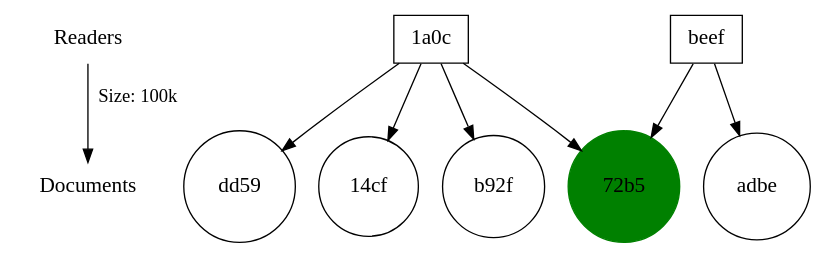
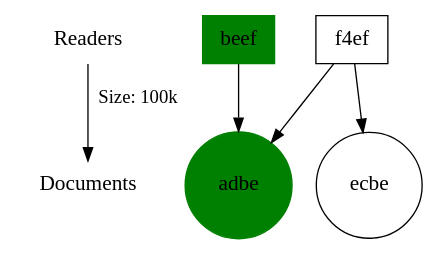
The diagram in test-output.gv (duncstin/F21SC_Coursework2), drawn with Graphviz before and after one commit. The commit also changed 4 other files, not shown here.

```diff
--- a/test-output.gv
+++ b/test-output.gv
@@ -1,20 +1,22 @@
-digraph "Also likes" {
+strict digraph "Also likes" {
 	node [fontsize=16 shape=plaintext]
 	r [label=Readers]
 	d [label=Documents]
 	r -> d [label="Size: 100k"]
-	"1a0c" [label="1a0c" rank=r shape=box]
-	"72b5" [label="72b5" color=green rank=d shape=circle style=filled]
-	"1a0c" -> "72b5"
-	b92f [label=b92f rank=d shape=circle]
-	"1a0c" -> b92f
-	dd59 [label=dd59 rank=d shape=circle]
-	"1a0c" -> dd59
-	"14cf" [label="14cf" rank=d shape=circle]
-	"1a0c" -> "14cf"
-	beef [label=beef rank=r shape=box]
-	"72b5" [label="72b5" color=green rank=d shape=circle style=filled]
-	beef -> "72b5"
-	adbe [label=adbe rank=d shape=circle]
+	adbe [label=adbe color=green rank=d shape=circle style=filled]
+	beef [label=beef color=green rank=r shape=box style=filled]
 	beef -> adbe
+	ecbe [label=ecbe rank=d shape=circle]
+	f4ef [label=f4ef rank=r shape=box]
+	f4ef -> ecbe
+	f4ef -> adbe
+	f4ef [label=f4ef rank=r shape=box]
+	f4ef -> ecbe
+	f4ef -> adbe
+	f4ef [label=f4ef rank=r shape=box]
+	f4ef -> ecbe
+	f4ef -> adbe
+	f4ef [label=f4ef rank=r shape=box]
+	f4ef -> ecbe
+	f4ef -> adbe
 }
```
